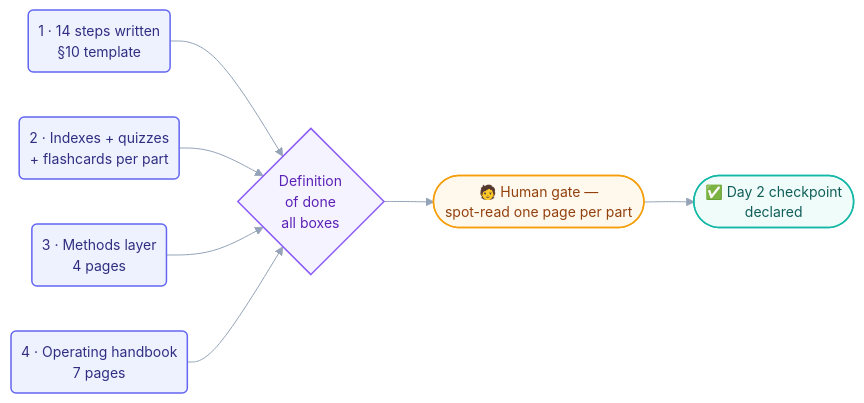
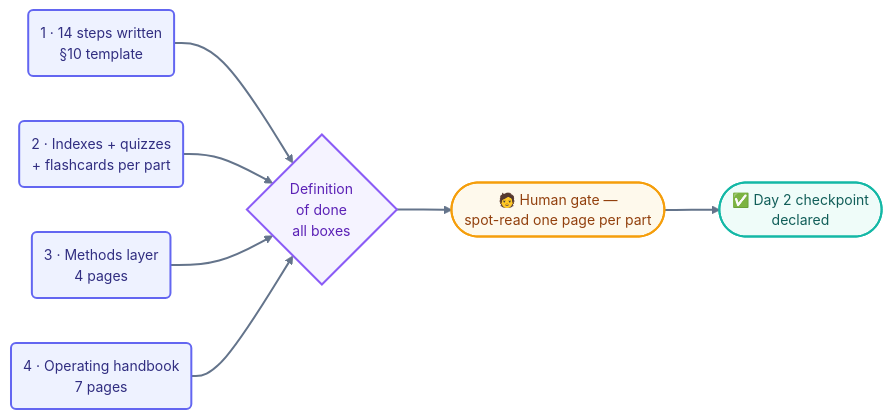
The diagram in shared/goal.md (ayeshakhalid192007-dev/LoopEngineering-CrashCourse), drawn with Mermaid before and after one commit. The commit also changed 66 other files, not shown here.

First line of the commit message:
docs(diagrams): bolden and unify all 70 mermaid diagrams

````diff
--- a/shared/goal.md
+++ b/shared/goal.md
@@ -28,14 +28,15 @@
 ```mermaid
-%%{init: {'theme':'base','themeVariables':{'fontFamily':'ui-sans-serif, system-ui, sans-serif','fontSize':'14px','lineColor':'#94a3b8'},'flowchart':{'curve':'basis','nodeSpacing':45,'rankSpacing':50,'padding':10}}}%%
+%%{init: {'theme':'base','themeVariables':{'fontFamily':'ui-sans-serif, system-ui, sans-serif','fontSize':'14px','lineColor':'#64748b','edgeLabelBackground':'#f8fafc'},'flowchart':{'curve':'basis','nodeSpacing':45,'rankSpacing':55,'padding':12}}}%%
 flowchart LR
     O1("1 · 14 steps written<br/>§10 template"):::outcome --> DOD{"Definition<br/>of done<br/>all boxes"}:::dod
     O2("2 · Indexes + quizzes<br/>+ flashcards per part"):::outcome --> DOD
     O3("3 · Methods layer<br/>4 pages"):::outcome --> DOD
     O4("4 · Operating handbook<br/>7 pages"):::outcome --> DOD
     DOD --> GATE(["🧑 Human gate —<br/>spot-read one page per part"]):::human
     GATE --> CP(["✅ Day 2 checkpoint<br/>declared"]):::win
-    classDef outcome fill:#eef2ff,stroke:#6366f1,stroke-width:1.5px,color:#312e81;
-    classDef dod fill:#f5f3ff,stroke:#8b5cf6,stroke-width:1.5px,color:#5b21b6;
-    classDef human fill:#fef9ec,stroke:#f59e0b,stroke-width:1.5px,color:#92400e;
-    classDef win fill:#effcf9,stroke:#14b8a6,stroke-width:1.5px,color:#115e59;
+    linkStyle default stroke:#64748b,stroke-width:2px;
+    classDef outcome fill:#eef2ff,stroke:#6366f1,stroke-width:2px,color:#312e81;
+    classDef dod fill:#f5f3ff,stroke:#8b5cf6,stroke-width:2px,color:#5b21b6;
+    classDef human fill:#fef9ec,stroke:#f59e0b,stroke-width:2px,color:#92400e;
+    classDef win fill:#effcf9,stroke:#14b8a6,stroke-width:2px,color:#115e59;
 ```
````
